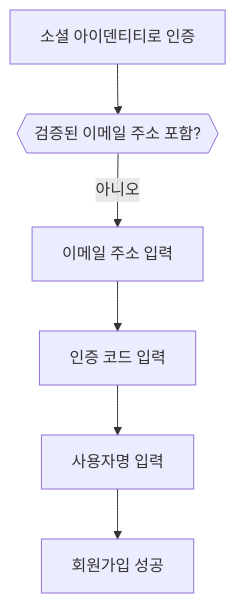
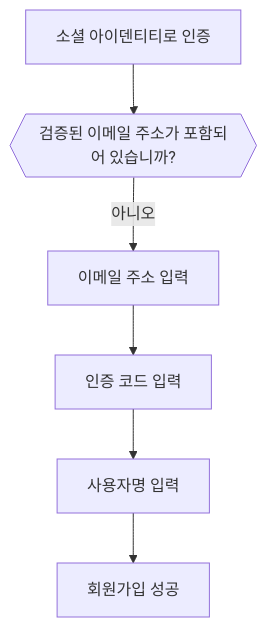
The fourth of 6 diagrams in i18n/ko/docusaurus-plugin-content-docs/current/end-user-flows/sign-up-and-sign-in/social-sign-in.mdx (logto-io/docs), drawn with Mermaid before and after one commit. The commit also changed other lines of this file and 666 other files, not shown here.

````diff
--- a/i18n/ko/docusaurus-plugin-content-docs/current/end-user-flows/sign-up-and-sign-in/social-sign-in.mdx
+++ b/i18n/ko/docusaurus-plugin-content-docs/current/end-user-flows/sign-up-and-sign-in/social-sign-in.mdx
@@ -129,8 +129,8 @@
    ```mermaid
    flowchart TD
-      A[소셜 아이덴티티로 인증] --> B{{검증된 이메일 주소 포함?}}
+      A[소셜 아이덴티티로 인증] --> B{{검증된 이메일 주소가 포함되어 있습니까?}}
       B -- 아니오 --> C[이메일 주소 입력]
       C --> D[인증 코드 입력]
       D --> E[사용자명 입력]
       E --> F[회원가입 성공]
    ```
````
